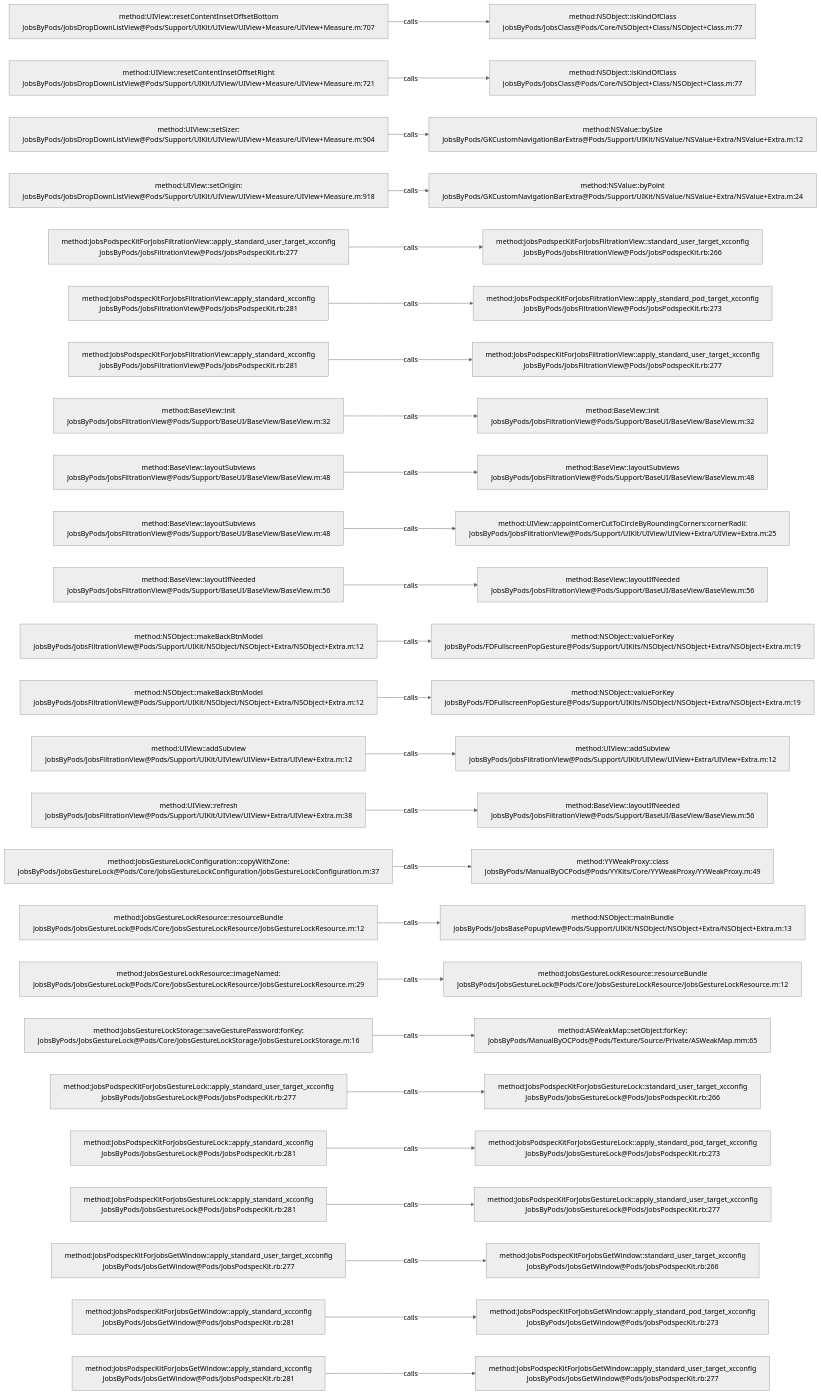
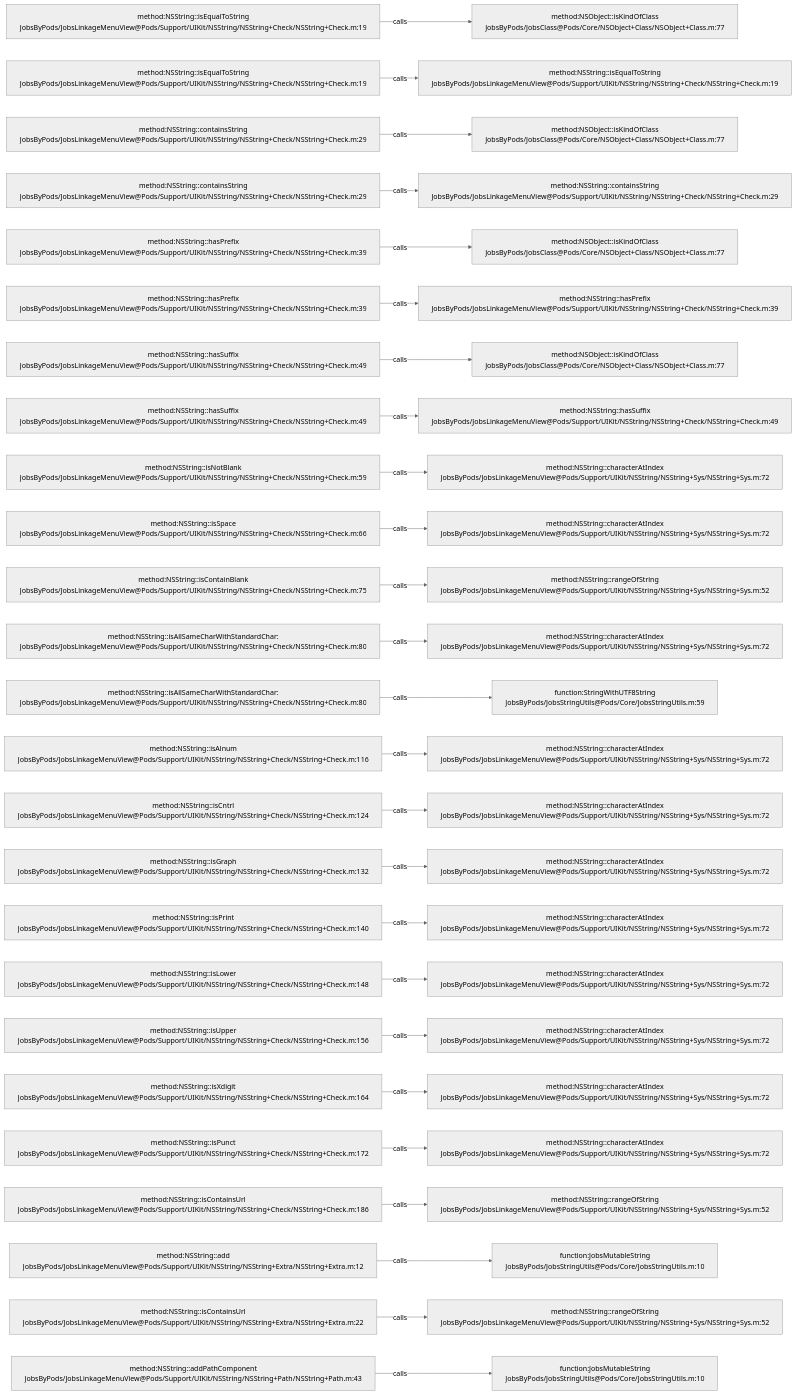
One commit to JobsKits/JobsOCBaseConfigDemo changed the diagram in .codegraph/codegraph.md/graphs/calls-099.md. Above: the diagram before and after it, drawn with Mermaid (neutral theme). The commit also changed 639 other files, not shown here.

````diff
--- a/.codegraph/codegraph.md/graphs/calls-099.md
+++ b/.codegraph/codegraph.md/graphs/calls-099.md
@@ -13,78 +13,78 @@
 ```mermaid
 flowchart LR
-  S1["method:UIView::resetContentInsetOffsetBottom<br/>JobsByPods/JobsDropDownListView@Pods/Support/UIKit/UIView/UIView+Measure/UIView+Measure.m:707"]
+  S1["method:NSString::isEqualToString<br/>JobsByPods/JobsLinkageMenuView@Pods/Support/UIKit/NSString/NSString+Check/NSString+Check.m:19"]
   T1["method:NSObject::isKindOfClass<br/>JobsByPods/JobsClass@Pods/Core/NSObject+Class/NSObject+Class.m:77"]
   S1 -->|calls| T1
-  S2["method:UIView::resetContentInsetOffsetRight<br/>JobsByPods/JobsDropDownListView@Pods/Support/UIKit/UIView/UIView+Measure/UIView+Measure.m:721"]
-  T2["method:NSObject::isKindOfClass<br/>JobsByPods/JobsClass@Pods/Core/NSObject+Class/NSObject+Class.m:77"]
+  S2["method:NSString::isEqualToString<br/>JobsByPods/JobsLinkageMenuView@Pods/Support/UIKit/NSString/NSString+Check/NSString+Check.m:19"]
+  T2["method:NSString::isEqualToString<br/>JobsByPods/JobsLinkageMenuView@Pods/Support/UIKit/NSString/NSString+Check/NSString+Check.m:19"]
   S2 -->|calls| T2
-  S3["method:UIView::setSizer:<br/>JobsByPods/JobsDropDownListView@Pods/Support/UIKit/UIView/UIView+Measure/UIView+Measure.m:904"]
-  T3["method:NSValue::bySize<br/>JobsByPods/GKCustomNavigationBarExtra@Pods/Support/UIKit/NSValue/NSValue+Extra/NSValue+Extra.m:12"]
+  S3["method:NSString::containsString<br/>JobsByPods/JobsLinkageMenuView@Pods/Support/UIKit/NSString/NSString+Check/NSString+Check.m:29"]
+  T3["method:NSObject::isKindOfClass<br/>JobsByPods/JobsClass@Pods/Core/NSObject+Class/NSObject+Class.m:77"]
   S3 -->|calls| T3
-  S4["method:UIView::setOrigin:<br/>JobsByPods/JobsDropDownListView@Pods/Support/UIKit/UIView/UIView+Measure/UIView+Measure.m:918"]
-  T4["method:NSValue::byPoint<br/>JobsByPods/GKCustomNavigationBarExtra@Pods/Support/UIKit/NSValue/NSValue+Extra/NSValue+Extra.m:24"]
+  S4["method:NSString::containsString<br/>JobsByPods/JobsLinkageMenuView@Pods/Support/UIKit/NSString/NSString+Check/NSString+Check.m:29"]
+  T4["method:NSString::containsString<br/>JobsByPods/JobsLinkageMenuView@Pods/Support/UIKit/NSString/NSString+Check/NSString+Check.m:29"]
   S4 -->|calls| T4
-  S5["method:JobsPodspecKitForJobsFiltrationView::apply_standard_user_target_xcconfig<br/>JobsByPods/JobsFiltrationView@Pods/JobsPodspecKit.rb:277"]
-  T5["method:JobsPodspecKitForJobsFiltrationView::standard_user_target_xcconfig<br/>JobsByPods/JobsFiltrationView@Pods/JobsPodspecKit.rb:266"]
+  S5["method:NSString::hasPrefix<br/>JobsByPods/JobsLinkageMenuView@Pods/Support/UIKit/NSString/NSString+Check/NSString+Check.m:39"]
+  T5["method:NSObject::isKindOfClass<br/>JobsByPods/JobsClass@Pods/Core/NSObject+Class/NSObject+Class.m:77"]
   S5 -->|calls| T5
-  S6["method:JobsPodspecKitForJobsFiltrationView::apply_standard_xcconfig<br/>JobsByPods/JobsFiltrationView@Pods/JobsPodspecKit.rb:281"]
-  T6["method:JobsPodspecKitForJobsFiltrationView::apply_standard_pod_target_xcconfig<br/>JobsByPods/JobsFiltrationView@Pods/JobsPodspecKit.rb:273"]
+  S6["method:NSString::hasPrefix<br/>JobsByPods/JobsLinkageMenuView@Pods/Support/UIKit/NSString/NSString+Check/NSString+Check.m:39"]
+  T6["method:NSString::hasPrefix<br/>JobsByPods/JobsLinkageMenuView@Pods/Support/UIKit/NSString/NSString+Check/NSString+Check.m:39"]
   S6 -->|calls| T6
-  S7["method:JobsPodspecKitForJobsFiltrationView::apply_standard_xcconfig<br/>JobsByPods/JobsFiltrationView@Pods/JobsPodspecKit.rb:281"]
-  T7["method:JobsPodspecKitForJobsFiltrationView::apply_standard_user_target_xcconfig<br/>JobsByPods/JobsFiltrationView@Pods/JobsPodspecKit.rb:277"]
+  S7["method:NSString::hasSuffix<br/>JobsByPods/JobsLinkageMenuView@Pods/Support/UIKit/NSString/NSString+Check/NSString+Check.m:49"]
+  T7["method:NSObject::isKindOfClass<br/>JobsByPods/JobsClass@Pods/Core/NSObject+Class/NSObject+Class.m:77"]
   S7 -->|calls| T7
-  S8["method:BaseView::init<br/>JobsByPods/JobsFiltrationView@Pods/Support/BaseUI/BaseView/BaseView.m:32"]
-  T8["method:BaseView::init<br/>JobsByPods/JobsFiltrationView@Pods/Support/BaseUI/BaseView/BaseView.m:32"]
+  S8["method:NSString::hasSuffix<br/>JobsByPods/JobsLinkageMenuView@Pods/Support/UIKit/NSString/NSString+Check/NSString+Check.m:49"]
+  T8["method:NSString::hasSuffix<br/>JobsByPods/JobsLinkageMenuView@Pods/Support/UIKit/NSString/NSString+Check/NSString+Check.m:49"]
   S8 -->|calls| T8
-  S9["method:BaseView::layoutSubviews<br/>JobsByPods/JobsFiltrationView@Pods/Support/BaseUI/BaseView/BaseView.m:48"]
-  T9["method:BaseView::layoutSubviews<br/>JobsByPods/JobsFiltrationView@Pods/Support/BaseUI/BaseView/BaseView.m:48"]
+  S9["method:NSString::isNotBlank<br/>JobsByPods/JobsLinkageMenuView@Pods/Support/UIKit/NSString/NSString+Check/NSString+Check.m:59"]
+  T9["method:NSString::characterAtIndex<br/>JobsByPods/JobsLinkageMenuView@Pods/Support/UIKit/NSString/NSString+Sys/NSString+Sys.m:72"]
   S9 -->|calls| T9
-  S10["method:BaseView::layoutSubviews<br/>JobsByPods/JobsFiltrationView@Pods/Support/BaseUI/BaseView/BaseView.m:48"]
-  T10["method:UIView::appointCornerCutToCircleByRoundingCorners:cornerRadii:<br/>JobsByPods/JobsFiltrationView@Pods/Support/UIKit/UIView/UIView+Extra/UIView+Extra.m:25"]
+  S10["method:NSString::isSpace<br/>JobsByPods/JobsLinkageMenuView@Pods/Support/UIKit/NSString/NSString+Check/NSString+Check.m:66"]
+  T10["method:NSString::characterAtIndex<br/>JobsByPods/JobsLinkageMenuView@Pods/Support/UIKit/NSString/NSString+Sys/NSString+Sys.m:72"]
   S10 -->|calls| T10
-  S11["method:BaseView::layoutIfNeeded<br/>JobsByPods/JobsFiltrationView@Pods/Support/BaseUI/BaseView/BaseView.m:56"]
-  T11["method:BaseView::layoutIfNeeded<br/>JobsByPods/JobsFiltrationView@Pods/Support/BaseUI/BaseView/BaseView.m:56"]
+  S11["method:NSString::isContainBlank<br/>JobsByPods/JobsLinkageMenuView@Pods/Support/UIKit/NSString/NSString+Check/NSString+Check.m:75"]
+  T11["method:NSString::rangeOfString<br/>JobsByPods/JobsLinkageMenuView@Pods/Support/UIKit/NSString/NSString+Sys/NSString+Sys.m:52"]
   S11 -->|calls| T11
-  S12["method:NSObject::makeBackBtnModel<br/>JobsByPods/JobsFiltrationView@Pods/Support/UIKit/NSObject/NSObject+Extra/NSObject+Extra.m:12"]
-  T12["method:NSObject::valueForKey<br/>JobsByPods/FDFullscreenPopGesture@Pods/Support/UIKits/NSObject/NSObject+Extra/NSObject+Extra.m:19"]
+  S12["method:NSString::isAllSameCharWithStandardChar:<br/>JobsByPods/JobsLinkageMenuView@Pods/Support/UIKit/NSString/NSString+Check/NSString+Check.m:80"]
+  T12["method:NSString::characterAtIndex<br/>JobsByPods/JobsLinkageMenuView@Pods/Support/UIKit/NSString/NSString+Sys/NSString+Sys.m:72"]
   S12 -->|calls| T12
-  S13["method:NSObject::makeBackBtnModel<br/>JobsByPods/JobsFiltrationView@Pods/Support/UIKit/NSObject/NSObject+Extra/NSObject+Extra.m:12"]
-  T13["method:NSObject::valueForKey<br/>JobsByPods/FDFullscreenPopGesture@Pods/Support/UIKits/NSObject/NSObject+Extra/NSObject+Extra.m:19"]
+  S13["method:NSString::isAllSameCharWithStandardChar:<br/>JobsByPods/JobsLinkageMenuView@Pods/Support/UIKit/NSString/NSString+Check/NSString+Check.m:80"]
+  T13["function:StringWithUTF8String<br/>JobsByPods/JobsStringUtils@Pods/Core/JobsStringUtils.m:59"]
   S13 -->|calls| T13
-  S14["method:UIView::addSubview<br/>JobsByPods/JobsFiltrationView@Pods/Support/UIKit/UIView/UIView+Extra/UIView+Extra.m:12"]
-  T14["method:UIView::addSubview<br/>JobsByPods/JobsFiltrationView@Pods/Support/UIKit/UIView/UIView+Extra/UIView+Extra.m:12"]
+  S14["method:NSString::isAlnum<br/>JobsByPods/JobsLinkageMenuView@Pods/Support/UIKit/NSString/NSString+Check/NSString+Check.m:116"]
+  T14["method:NSString::characterAtIndex<br/>JobsByPods/JobsLinkageMenuView@Pods/Support/UIKit/NSString/NSString+Sys/NSString+Sys.m:72"]
   S14 -->|calls| T14
-  S15["method:UIView::refresh<br/>JobsByPods/JobsFiltrationView@Pods/Support/UIKit/UIView/UIView+Extra/UIView+Extra.m:38"]
-  T15["method:BaseView::layoutIfNeeded<br/>JobsByPods/JobsFiltrationView@Pods/Support/BaseUI/BaseView/BaseView.m:56"]
+  S15["method:NSString::isCntrl<br/>JobsByPods/JobsLinkageMenuView@Pods/Support/UIKit/NSString/NSString+Check/NSString+Check.m:124"]
+  T15["method:NSString::characterAtIndex<br/>JobsByPods/JobsLinkageMenuView@Pods/Support/UIKit/NSString/NSString+Sys/NSString+Sys.m:72"]
   S15 -->|calls| T15
-  S16["method:JobsGestureLockConfiguration::copyWithZone:<br/>JobsByPods/JobsGestureLock@Pods/Core/JobsGestureLockConfiguration/JobsGestureLockConfiguration.m:37"]
-  T16["method:YYWeakProxy::class<br/>JobsByPods/ManualByOCPods@Pods/YYKits/Core/YYWeakProxy/YYWeakProxy.m:49"]
+  S16["method:NSString::isGraph<br/>JobsByPods/JobsLinkageMenuView@Pods/Support/UIKit/NSString/NSString+Check/NSString+Check.m:132"]
+  T16["method:NSString::characterAtIndex<br/>JobsByPods/JobsLinkageMenuView@Pods/Support/UIKit/NSString/NSString+Sys/NSString+Sys.m:72"]
   S16 -->|calls| T16
-  S17["method:JobsGestureLockResource::resourceBundle<br/>JobsByPods/JobsGestureLock@Pods/Core/JobsGestureLockResource/JobsGestureLockResource.m:12"]
-  T17["method:NSObject::mainBundle<br/>JobsByPods/JobsBasePopupView@Pods/Support/UIKit/NSObject/NSObject+Extra/NSObject+Extra.m:13"]
+  S17["method:NSString::isPrint<br/>JobsByPods/JobsLinkageMenuView@Pods/Support/UIKit/NSString/NSString+Check/NSString+Check.m:140"]
+  T17["method:NSString::characterAtIndex<br/>JobsByPods/JobsLinkageMenuView@Pods/Support/UIKit/NSString/NSString+Sys/NSString+Sys.m:72"]
   S17 -->|calls| T17
-  S18["method:JobsGestureLockResource::imageNamed:<br/>JobsByPods/JobsGestureLock@Pods/Core/JobsGestureLockResource/JobsGestureLockResource.m:29"]
-  T18["method:JobsGestureLockResource::resourceBundle<br/>JobsByPods/JobsGestureLock@Pods/Core/JobsGestureLockResource/JobsGestureLockResource.m:12"]
+  S18["method:NSString::isLower<br/>JobsByPods/JobsLinkageMenuView@Pods/Support/UIKit/NSString/NSString+Check/NSString+Check.m:148"]
+  T18["method:NSString::characterAtIndex<br/>JobsByPods/JobsLinkageMenuView@Pods/Support/UIKit/NSString/NSString+Sys/NSString+Sys.m:72"]
   S18 -->|calls| T18
-  S19["method:JobsGestureLockStorage::saveGesturePassword:forKey:<br/>JobsByPods/JobsGestureLock@Pods/Core/JobsGestureLockStorage/JobsGestureLockStorage.m:16"]
-  T19["method:ASWeakMap::setObject:forKey:<br/>JobsByPods/ManualByOCPods@Pods/Texture/Source/Private/ASWeakMap.mm:65"]
+  S19["method:NSString::isUpper<br/>JobsByPods/JobsLinkageMenuView@Pods/Support/UIKit/NSString/NSString+Check/NSString+Check.m:156"]
+  T19["method:NSString::characterAtIndex<br/>JobsByPods/JobsLinkageMenuView@Pods/Support/UIKit/NSString/NSString+Sys/NSString+Sys.m:72"]
   S19 -->|calls| T19
-  S20["method:JobsPodspecKitForJobsGestureLock::apply_standard_user_target_xcconfig<br/>JobsByPods/JobsGestureLock@Pods/JobsPodspecKit.rb:277"]
-  T20["method:JobsPodspecKitForJobsGestureLock::standard_user_target_xcconfig<br/>JobsByPods/JobsGestureLock@Pods/JobsPodspecKit.rb:266"]
+  S20["method:NSString::isXdigit<br/>JobsByPods/JobsLinkageMenuView@Pods/Support/UIKit/NSString/NSString+Check/NSString+Check.m:164"]
+  T20["method:NSString::characterAtIndex<br/>JobsByPods/JobsLinkageMenuView@Pods/Support/UIKit/NSString/NSString+Sys/NSString+Sys.m:72"]
   S20 -->|calls| T20
-  S21["method:JobsPodspecKitForJobsGestureLock::apply_standard_xcconfig<br/>JobsByPods/JobsGestureLock@Pods/JobsPodspecKit.rb:281"]
-  T21["method:JobsPodspecKitForJobsGestureLock::apply_standard_pod_target_xcconfig<br/>JobsByPods/JobsGestureLock@Pods/JobsPodspecKit.rb:273"]
+  S21["method:NSString::isPunct<br/>JobsByPods/JobsLinkageMenuView@Pods/Support/UIKit/NSString/NSString+Check/NSString+Check.m:172"]
+  T21["method:NSString::characterAtIndex<br/>JobsByPods/JobsLinkageMenuView@Pods/Support/UIKit/NSString/NSString+Sys/NSString+Sys.m:72"]
   S21 -->|calls| T21
-  S22["method:JobsPodspecKitForJobsGestureLock::apply_standard_xcconfig<br/>JobsByPods/JobsGestureLock@Pods/JobsPodspecKit.rb:281"]
-  T22["method:JobsPodspecKitForJobsGestureLock::apply_standard_user_target_xcconfig<br/>JobsByPods/JobsGestureLock@Pods/JobsPodspecKit.rb:277"]
+  S22["method:NSString::isContainsUrl<br/>JobsByPods/JobsLinkageMenuView@Pods/Support/UIKit/NSString/NSString+Check/NSString+Check.m:186"]
+  T22["method:NSString::rangeOfString<br/>JobsByPods/JobsLinkageMenuView@Pods/Support/UIKit/NSString/NSString+Sys/NSString+Sys.m:52"]
   S22 -->|calls| T22
-  S23["method:JobsPodspecKitForJobsGetWindow::apply_standard_user_target_xcconfig<br/>JobsByPods/JobsGetWindow@Pods/JobsPodspecKit.rb:277"]
-  T23["method:JobsPodspecKitForJobsGetWindow::standard_user_target_xcconfig<br/>JobsByPods/JobsGetWindow@Pods/JobsPodspecKit.rb:266"]
+  S23["method:NSString::add<br/>JobsByPods/JobsLinkageMenuView@Pods/Support/UIKit/NSString/NSString+Extra/NSString+Extra.m:12"]
+  T23["function:JobsMutableString<br/>JobsByPods/JobsStringUtils@Pods/Core/JobsStringUtils.m:10"]
   S23 -->|calls| T23
-  S24["method:JobsPodspecKitForJobsGetWindow::apply_standard_xcconfig<br/>JobsByPods/JobsGetWindow@Pods/JobsPodspecKit.rb:281"]
-  T24["method:JobsPodspecKitForJobsGetWindow::apply_standard_pod_target_xcconfig<br/>JobsByPods/JobsGetWindow@Pods/JobsPodspecKit.rb:273"]
+  S24["method:NSString::isContainsUrl<br/>JobsByPods/JobsLinkageMenuView@Pods/Support/UIKit/NSString/NSString+Extra/NSString+Extra.m:22"]
+  T24["method:NSString::rangeOfString<br/>JobsByPods/JobsLinkageMenuView@Pods/Support/UIKit/NSString/NSString+Sys/NSString+Sys.m:52"]
   S24 -->|calls| T24
-  S25["method:JobsPodspecKitForJobsGetWindow::apply_standard_xcconfig<br/>JobsByPods/JobsGetWindow@Pods/JobsPodspecKit.rb:281"]
-  T25["method:JobsPodspecKitForJobsGetWindow::apply_standard_user_target_xcconfig<br/>JobsByPods/JobsGetWindow@Pods/JobsPodspecKit.rb:277"]
+  S25["method:NSString::addPathComponent<br/>JobsByPods/JobsLinkageMenuView@Pods/Support/UIKit/NSString/NSString+Path/NSString+Path.m:43"]
+  T25["function:JobsMutableString<br/>JobsByPods/JobsStringUtils@Pods/Core/JobsStringUtils.m:10"]
   S25 -->|calls| T25
 ```
````
